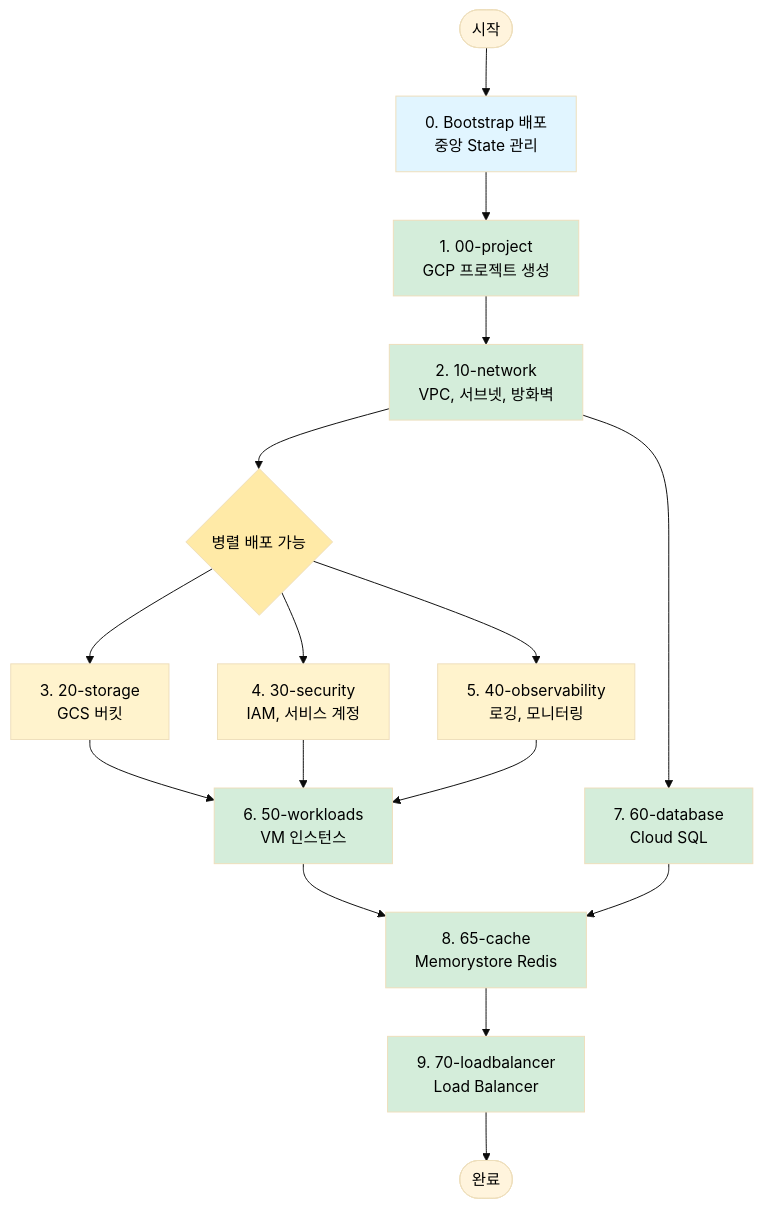
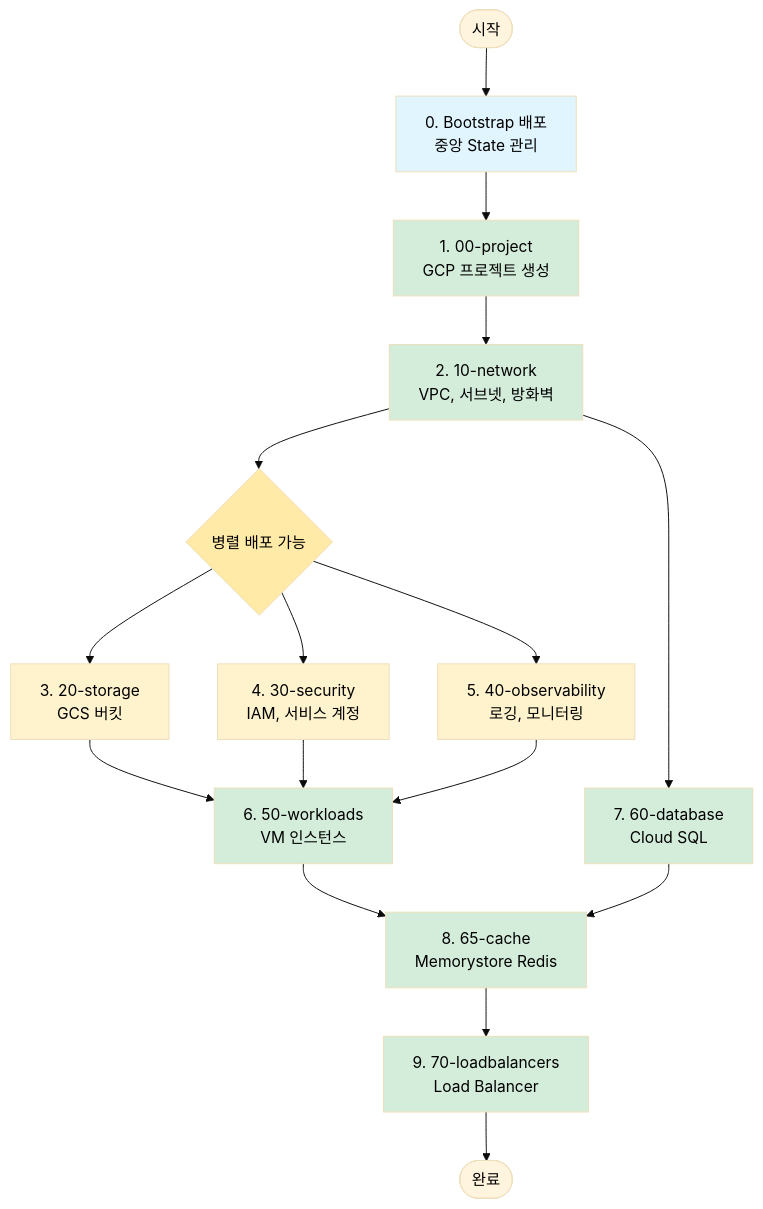
Before and after one commit to JSJ2337/GCP_terraform_code: the third of 9 diagrams in terraform_gcp_infra/docs/architecture/diagrams.md, drawn with Mermaid. The commit also changed other lines of this file and 24 other files, not shown here.

````diff
--- a/terraform_gcp_infra/docs/architecture/diagrams.md
+++ b/terraform_gcp_infra/docs/architecture/diagrams.md
@@ -155,38 +155,38 @@
 ```mermaid
 %%{init: {'theme': 'base', 'themeVariables': { 'primaryTextColor': '#000000' }}}%%
 graph TD
     START([시작]) --> B[0. Bootstrap 배포<br/>중앙 State 관리]
 
     B --> E0[1. 00-project<br/>GCP 프로젝트 생성]
 
     E0 --> E1[2. 10-network<br/>VPC, 서브넷, 방화벽]
 
     E1 --> PARALLEL{병렬 배포 가능}
 
     PARALLEL --> E2[3. 20-storage<br/>GCS 버킷]
     PARALLEL --> E3[4. 30-security<br/>IAM, 서비스 계정]
     PARALLEL --> E4[5. 40-observability<br/>로깅, 모니터링]
 
     E2 --> E5[6. 50-workloads<br/>VM 인스턴스]
     E3 --> E5
     E4 --> E5
     E1 --> E6[7. 60-database<br/>Cloud SQL]
 
     E5 --> E7[8. 65-cache<br/>Memorystore Redis]
     E6 --> E7
-    E7 --> E8[9. 70-loadbalancer<br/>Load Balancer]
+    E7 --> E8[9. 70-loadbalancers<br/>Load Balancer]
 
     E8 --> END([완료])
 
     style B fill:#e1f5ff
     style E0 fill:#d4edda
     style E1 fill:#d4edda
     style E2 fill:#fff3cd
     style E3 fill:#fff3cd
     style E4 fill:#fff3cd
     style E5 fill:#d4edda
     style E6 fill:#d4edda
     style E7 fill:#d4edda
     style E8 fill:#d4edda
     style PARALLEL fill:#ffeaa7
 ```
````
